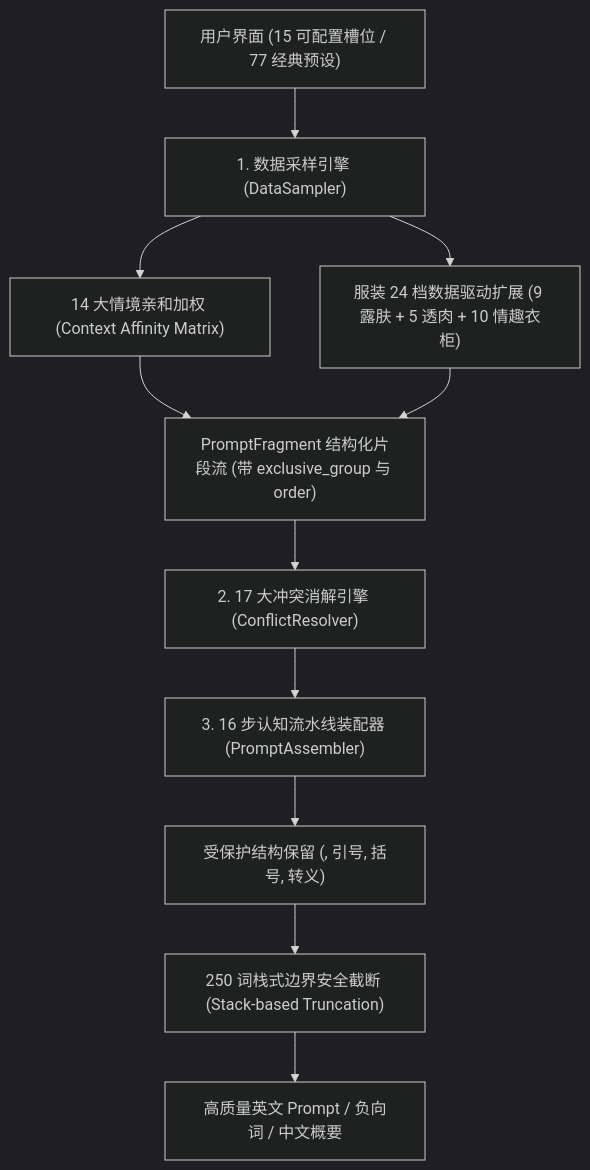
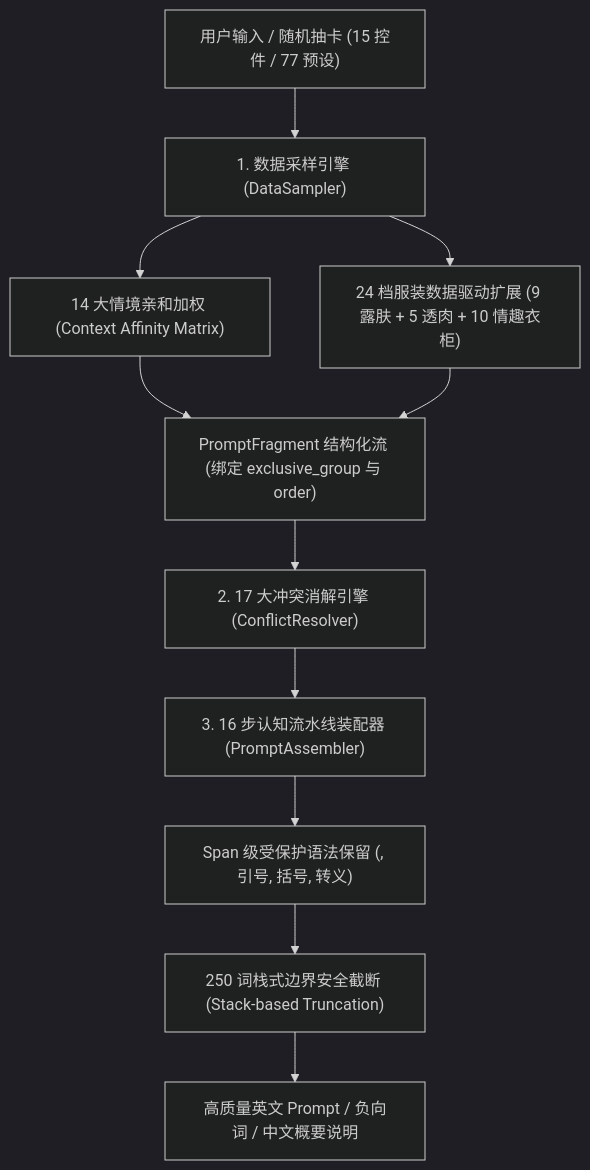
One commit to imymi/ComfyUI-IYKYK changed the diagram in README.md. Above: the diagram before and after it, drawn with Mermaid (dark theme). The commit also changed other lines of this file, not shown here.

Commit message:
docs(readme): comprehensive overhaul with 17 rules, 14 contexts, architecture diagram, and FAQ

````diff
--- a/README.md
+++ b/README.md
@@ -24,12 +57,12 @@
 ```mermaid
 graph TD
-    UI["用户界面 (15 可配置槽位 / 77 经典预设)"] --> SAMPLER["1. 数据采样引擎 (DataSampler)"]
+    INPUT["用户输入 / 随机抽卡 (15 控件 / 77 预设)"] --> SAMPLER["1. 数据采样引擎 (DataSampler)"]
     SAMPLER --> AFFINITY["14 大情境亲和加权 (Context Affinity Matrix)"]
-    SAMPLER --> CLOTH_EXT["服装 24 档数据驱动扩展 (9 露肤 + 5 透肉 + 10 情趣衣柜)"]
-    AFFINITY & CLOTH_EXT --> FRAGS["PromptFragment 结构化片段流 (带 exclusive_group 与 order)"]
-    FRAGS --> RESOLVER["2. 17 大冲突消解引擎 (ConflictResolver)"]
+    SAMPLER --> EXT["24 档服装数据驱动扩展 (9 露肤 + 5 透肉 + 10 情趣衣柜)"]
+    AFFINITY & EXT --> FRAGMENTS["PromptFragment 结构化流 (绑定 exclusive_group 与 order)"]
+    FRAGMENTS --> RESOLVER["2. 17 大冲突消解引擎 (ConflictResolver)"]
     RESOLVER --> ASSEMBLER["3. 16 步认知流水线装配器 (PromptAssembler)"]
-    ASSEMBLER --> PROTECT["受保护结构保留 (<lora:...>, 引号, 括号, 转义)"]
-    PROTECT --> TRUNC["250 词栈式边界安全截断 (Stack-based Truncation)"]
-    TRUNC --> OUT["高质量英文 Prompt / 负向词 / 中文概要"]
+    ASSEMBLER --> PROTECT["Span 级受保护语法保留 (<lora:...>, 引号, 括号, 转义)"]
+    PROTECT --> TRUNCATE["250 词栈式边界安全截断 (Stack-based Truncation)"]
+    TRUNCATE --> OUTPUT["高质量英文 Prompt / 负向词 / 中文概要说明"]
 ```
````
